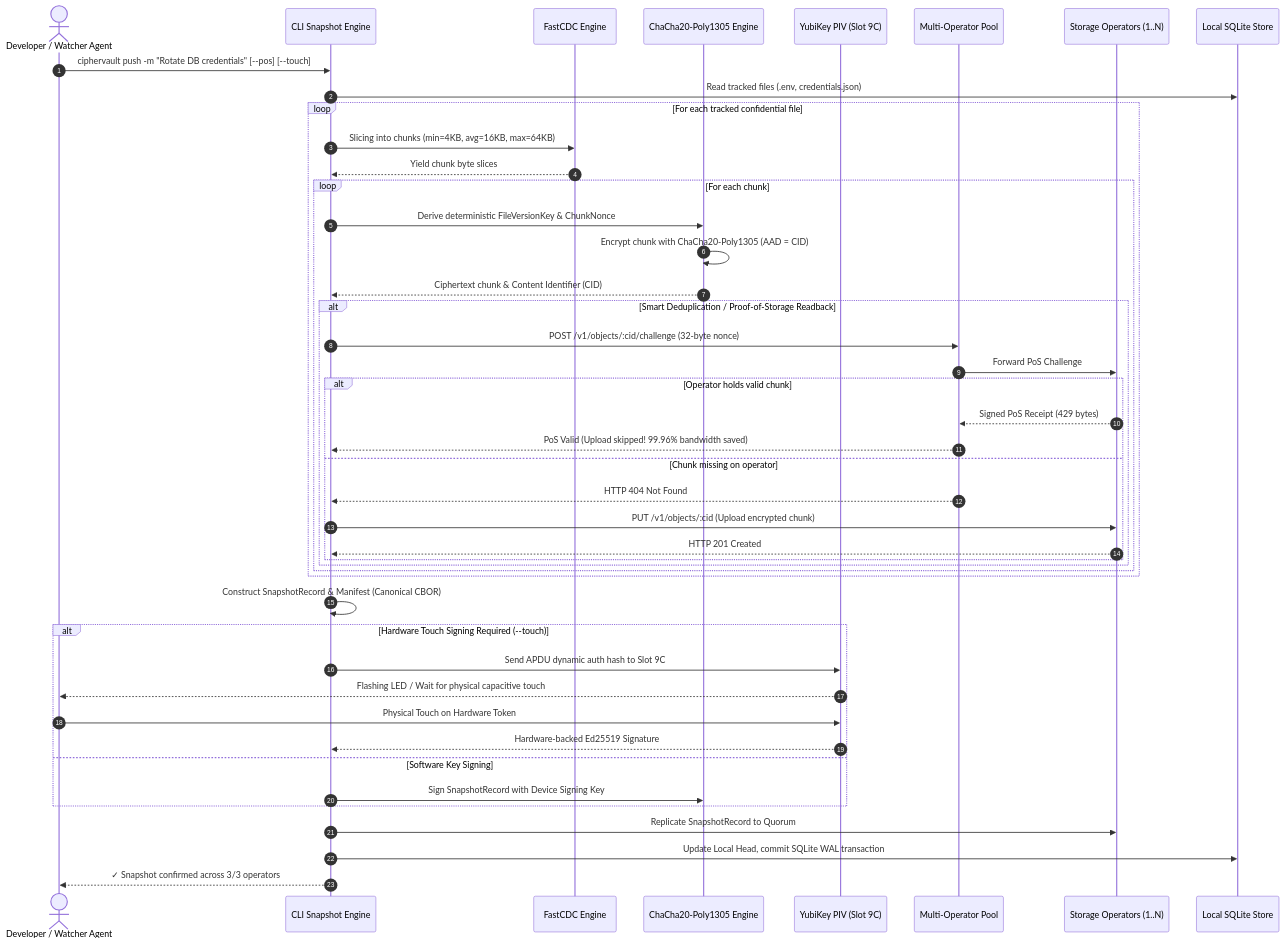
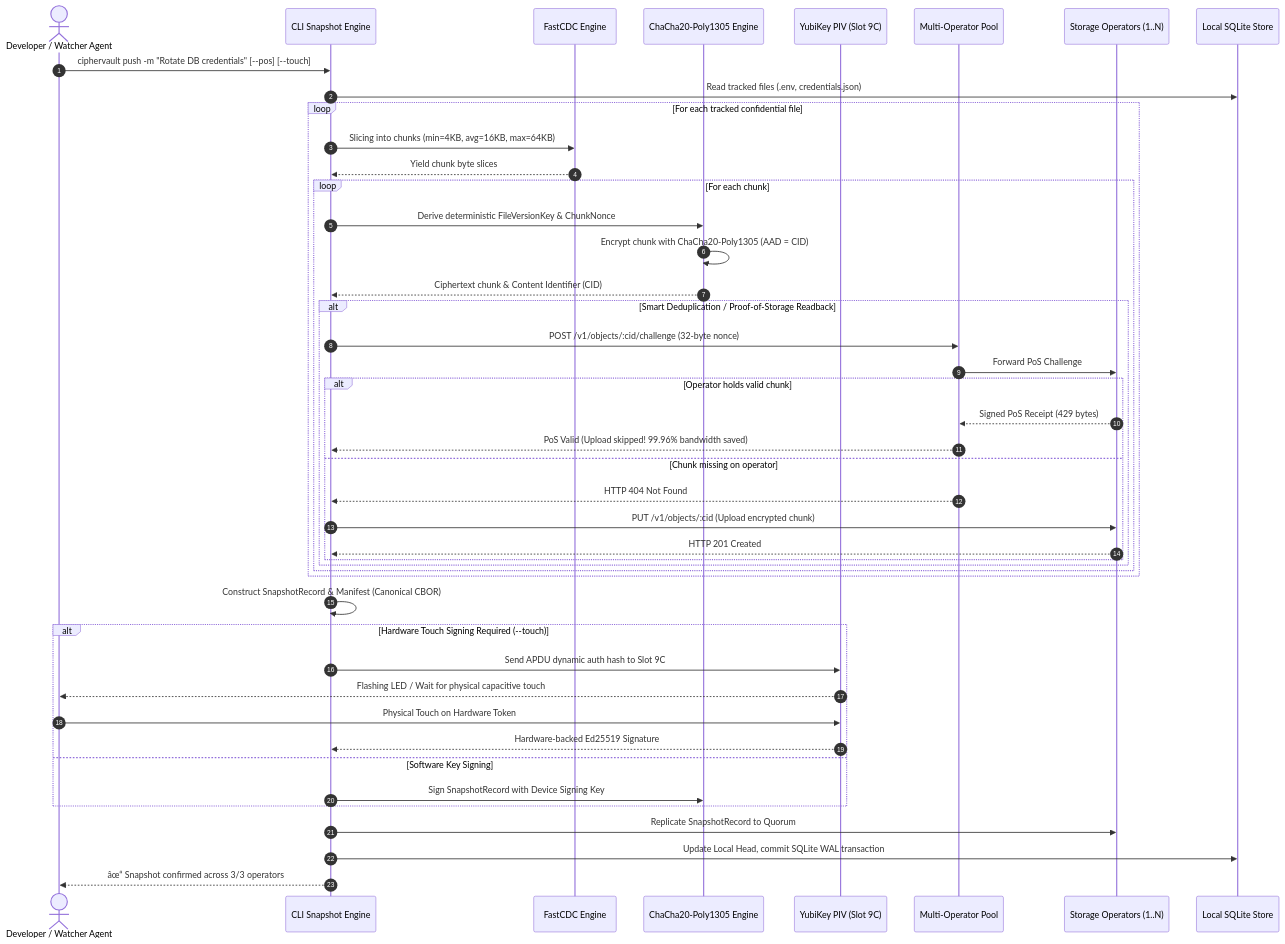
The fourth of 14 diagrams in docs/SYSTEM_WORKFLOW.md (samuel-1-avson/CipherVault), drawn with Mermaid before and after one commit. The commit also changed other lines of this file and 5 other files, not shown here.

````diff
--- a/docs/SYSTEM_WORKFLOW.md
+++ b/docs/SYSTEM_WORKFLOW.md
@@ -222,53 +222,53 @@
 ```mermaid
 sequenceDiagram
     autonumber
     actor Dev as Developer / Watcher Agent
     participant CLI as CLI Snapshot Engine
     participant CDC as FastCDC Engine
     participant AEAD as ChaCha20-Poly1305 Engine
     participant HSM as YubiKey PIV (Slot 9C)
     participant Pool as Multi-Operator Pool
     participant Ops as Storage Operators (1..N)
     participant Store as Local SQLite Store
 
     Dev->>CLI: ciphervault push -m "Rotate DB credentials" [--pos] [--touch]
     CLI->>Store: Read tracked files (.env, credentials.json)
     
     loop For each tracked confidential file
         CLI->>CDC: Slicing into chunks (min=4KB, avg=16KB, max=64KB)
         CDC-->>CLI: Yield chunk byte slices
         loop For each chunk
             CLI->>AEAD: Derive deterministic FileVersionKey & ChunkNonce
             AEAD->>AEAD: Encrypt chunk with ChaCha20-Poly1305 (AAD = CID)
             AEAD-->>CLI: Ciphertext chunk & Content Identifier (CID)
             
             alt Smart Deduplication / Proof-of-Storage Readback
                 CLI->>Pool: POST /v1/objects/:cid/challenge (32-byte nonce)
                 Pool->>Ops: Forward PoS Challenge
                 alt Operator holds valid chunk
                     Ops-->>Pool: Signed PoS Receipt (429 bytes)
                     Pool-->>CLI: PoS Valid (Upload skipped! 99.96% bandwidth saved)
                 else Chunk missing on operator
                     Pool-->>CLI: HTTP 404 Not Found
                     CLI->>Ops: PUT /v1/objects/:cid (Upload encrypted chunk)
                     Ops-->>CLI: HTTP 201 Created
                 end
             end
         end
     end
 
     CLI->>CLI: Construct SnapshotRecord & Manifest (Canonical CBOR)
     
     alt Hardware Touch Signing Required (--touch)
         CLI->>HSM: Send APDU dynamic auth hash to Slot 9C
         HSM-->>Dev: Flashing LED / Wait for physical capacitive touch
         Dev->>HSM: Physical Touch on Hardware Token
         HSM-->>CLI: Hardware-backed Ed25519 Signature
     else Software Key Signing
         CLI->>AEAD: Sign SnapshotRecord with Device Signing Key
     end
 
     CLI->>Ops: Replicate SnapshotRecord to Quorum
     CLI->>Store: Update Local Head, commit SQLite WAL transaction
-    CLI-->>Dev: ✓ Snapshot confirmed across 3/3 operators
+    CLI-->>Dev: âœ“ Snapshot confirmed across 3/3 operators
 ```
````
